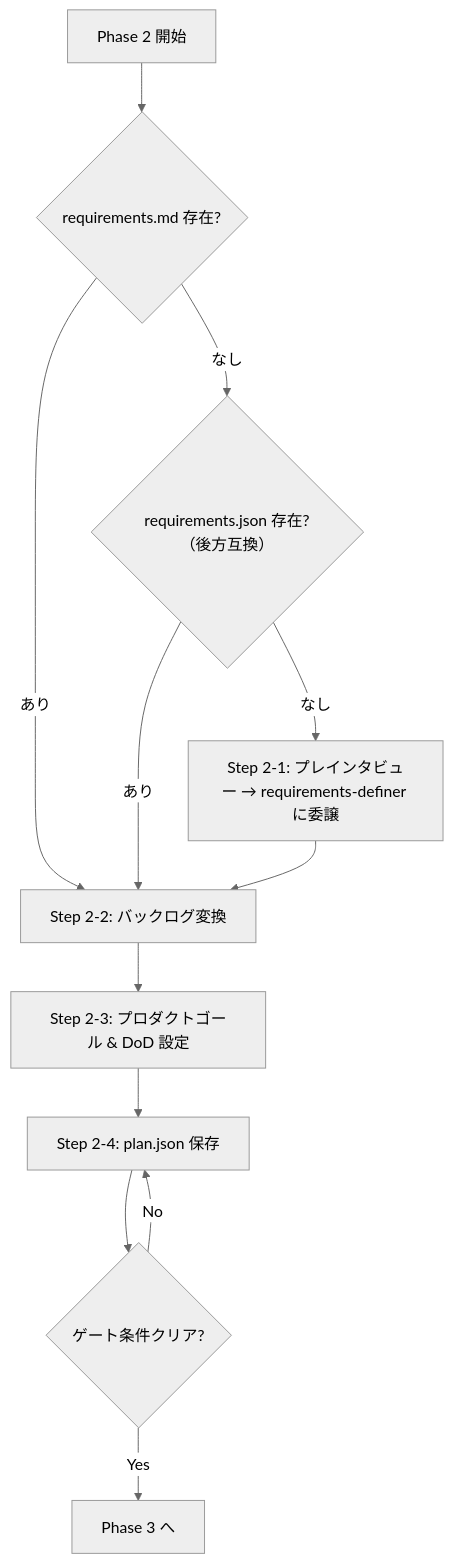
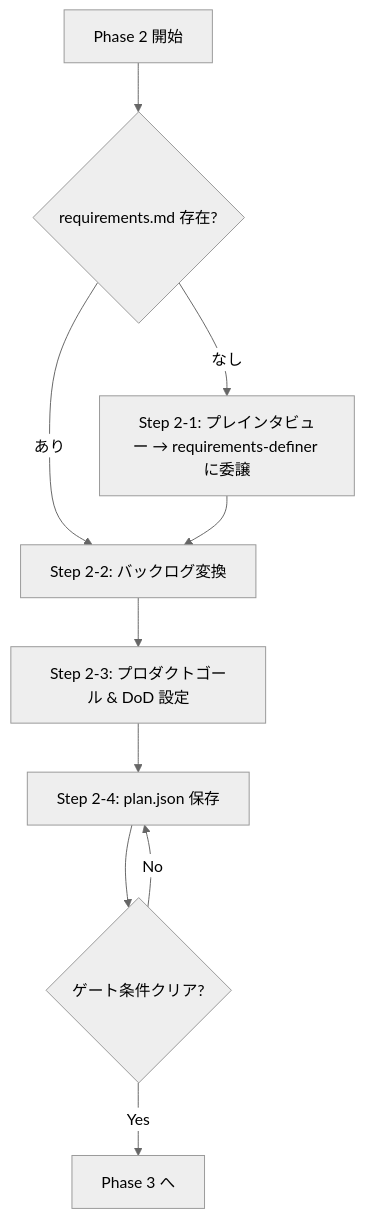
Before and after one commit to ynitto/sandbox: the diagram in .github/skills/scrum-master/references/phase-2-backlog.md, drawn with Mermaid (neutral theme). The commit also changed other lines of this file and 7 other files, not shown here.

First line of the commit message:
refactor: drop requirements.json, use requirements.md exclusively

````diff
--- a/.github/skills/scrum-master/references/phase-2-backlog.md
+++ b/.github/skills/scrum-master/references/phase-2-backlog.md
@@ -7,14 +7,12 @@
 ```mermaid
 flowchart TD
     A[Phase 2 開始] --> B{requirements.md 存在?}
     B -- あり --> C[Step 2-2: バックログ変換]
-    B -- なし --> B2{requirements.json 存在?（後方互換）}
-    B2 -- あり --> C
-    B2 -- なし --> D[Step 2-1: プレインタビュー → requirements-definer に委譲]
+    B -- なし --> D[Step 2-1: プレインタビュー → requirements-definer に委譲]
     D --> C
     C --> E[Step 2-3: プロダクトゴール & DoD 設定]
     E --> F[Step 2-4: plan.json 保存]
     F --> G{ゲート条件クリア?}
     G -- Yes --> H[Phase 3 へ]
     G -- No --> F
 ```
````
